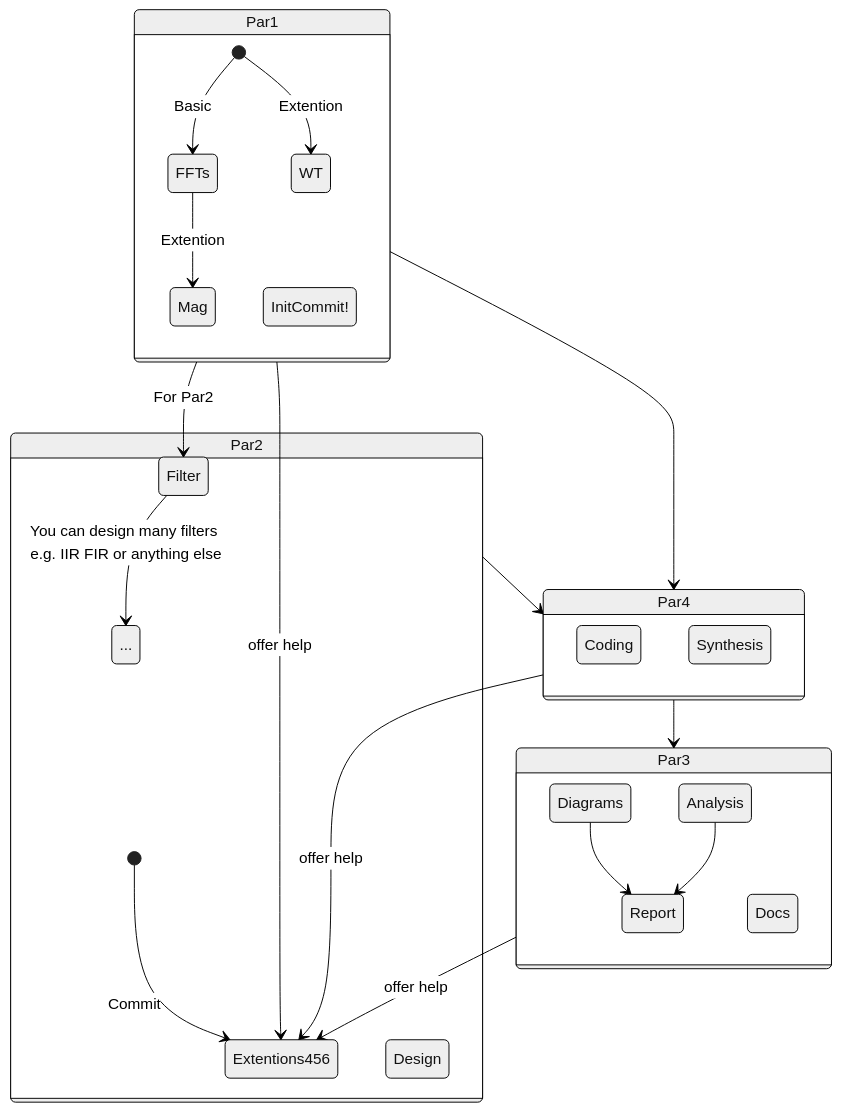
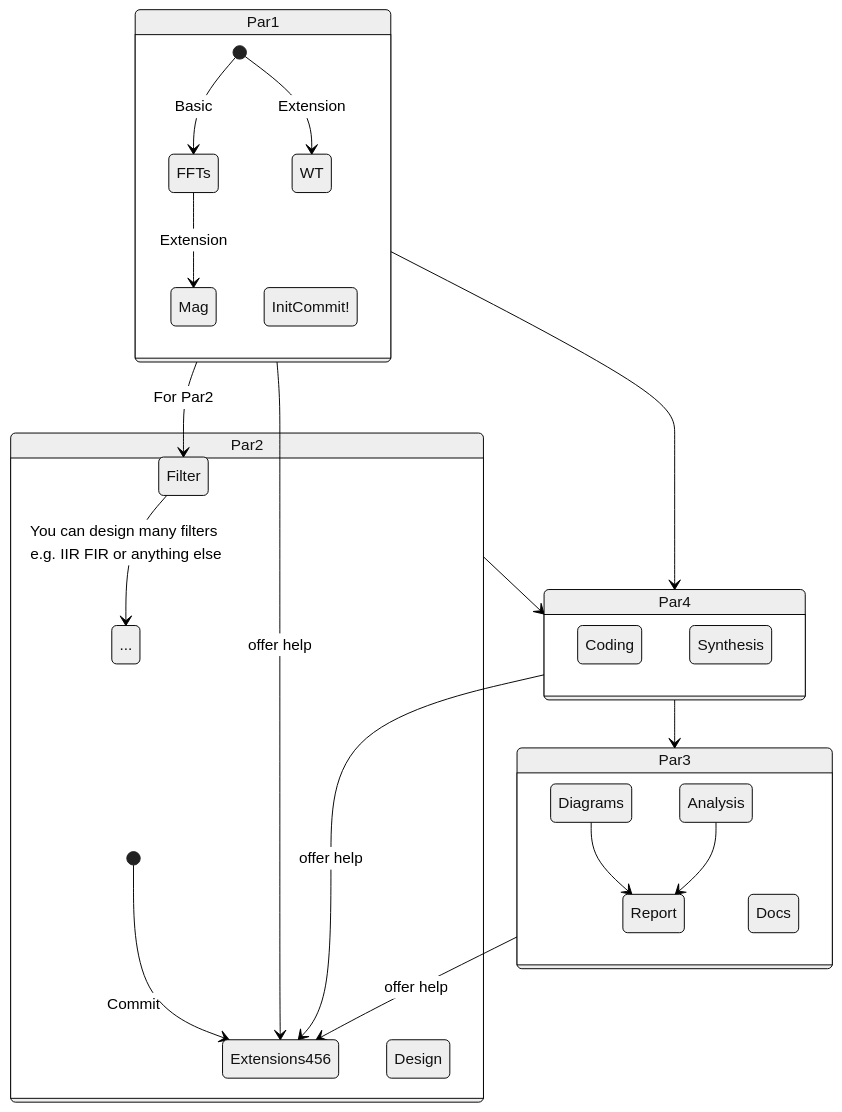
Before and after one commit to dashygo097/signal-course-design: the diagram in workflow.md, drawn with Mermaid (neutral theme). The commit also changed other lines of this file, not shown here.

````diff
--- a/workflow.md
+++ b/workflow.md
@@ -5,37 +5,37 @@
 ```mermaid
 stateDiagram
     state Par1{
         [*] --> FFTs : Basic
-        [*] --> WT : Extention
-        FFTs --> Mag : Extention
+        [*] --> WT : Extension
+        FFTs --> Mag : Extension
         InitCommit!
         Analysis
     }
 
     Par1 --> Filter : For Par2
-    Par1 --> Extentions456 : offer help
+    Par1 --> Extensions456 : offer help
 
     state Par2{
         Filter --> ... : You can design many filters e.g. IIR FIR or anything else
-        [*] --> Extentions456 : Commit
+        [*] --> Extensions456 : Commit
         Design
     }
 
     state Par3{
         Diagrams --> Report
         Analysis --> Report
         Docs
     }
 
-    Par3 --> Extentions456 : offer help
+    Par3 --> Extensions456 : offer help
     Par2 --> Par4
     Par1 --> Par4
 
     state Par4{
        Coding
        Synthesis
     }
     Par4 --> Par3
-    Par4 --> Extentions456 : offer help
+    Par4 --> Extensions456 : offer help
 
 ```
````
